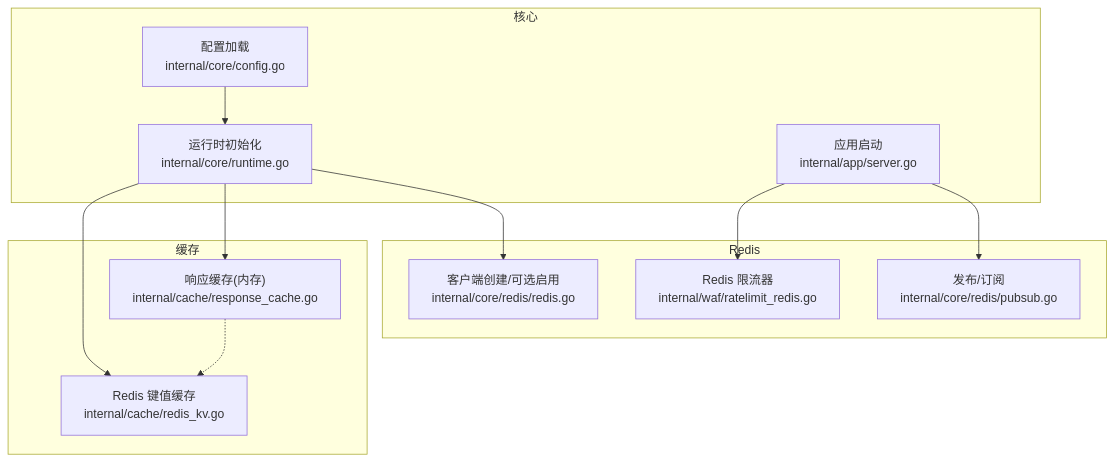
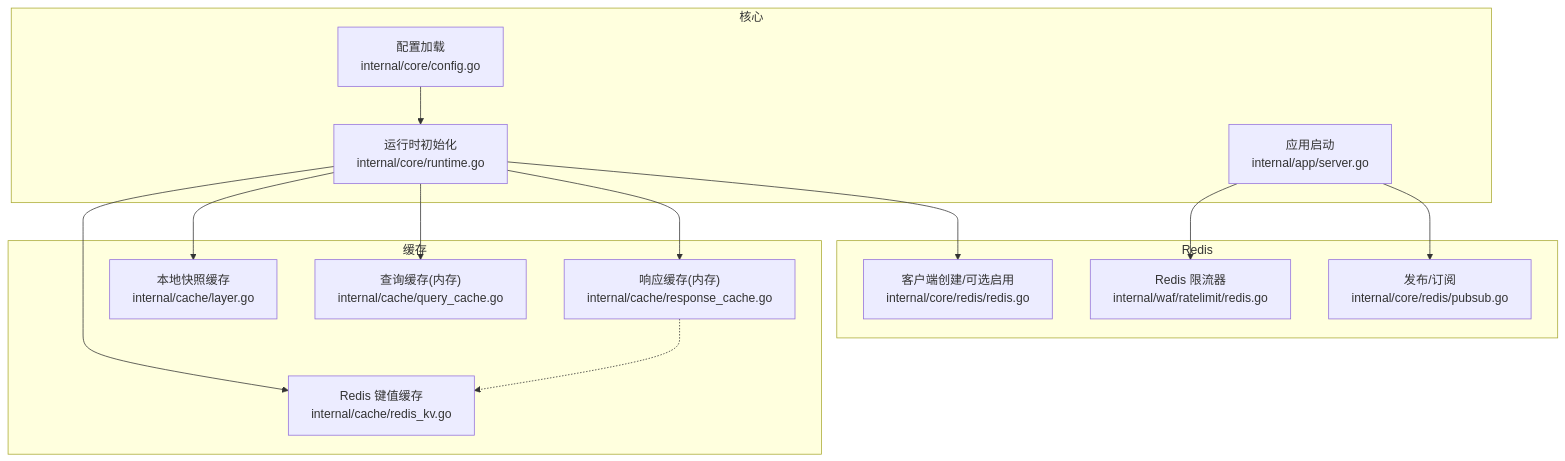
The first of 8 diagrams in docs/数据存储层/Redis 集成.md (x01n/My-OpenWaf), drawn with Mermaid before and after one commit. The commit also changed other lines of this file and 199 other files, not shown here.

````diff
--- a/docs/数据存储层/Redis 集成.md
+++ b/docs/数据存储层/Redis 集成.md
@@ -46,24 +48,28 @@
 ```mermaid
 graph TB
 subgraph "核心"
 CFG["配置加载<br/>internal/core/config.go"]
 RT["运行时初始化<br/>internal/core/runtime.go"]
 APP["应用启动<br/>internal/app/server.go"]
 end
 subgraph "缓存"
 RC["响应缓存(内存)<br/>internal/cache/response_cache.go"]
+QL["查询缓存(内存)<br/>internal/cache/query_cache.go"]
+LYR["本地快照缓存<br/>internal/cache/layer.go"]
 RKV["Redis 键值缓存<br/>internal/cache/redis_kv.go"]
 end
 subgraph "Redis"
 RCLI["客户端创建/可选启用<br/>internal/core/redis/redis.go"]
 PUBSUB["发布/订阅<br/>internal/core/redis/pubsub.go"]
-RL["Redis 限流器<br/>internal/waf/ratelimit_redis.go"]
+RL["Redis 限流器<br/>internal/waf/ratelimit/redis.go"]
 end
 CFG --> RT
 RT --> RCLI
 RT --> RC
+RT --> QL
+RT --> LYR
 RT --> RKV
 APP --> PUBSUB
 APP --> RL
 RC -.-> RKV
 ```
````
